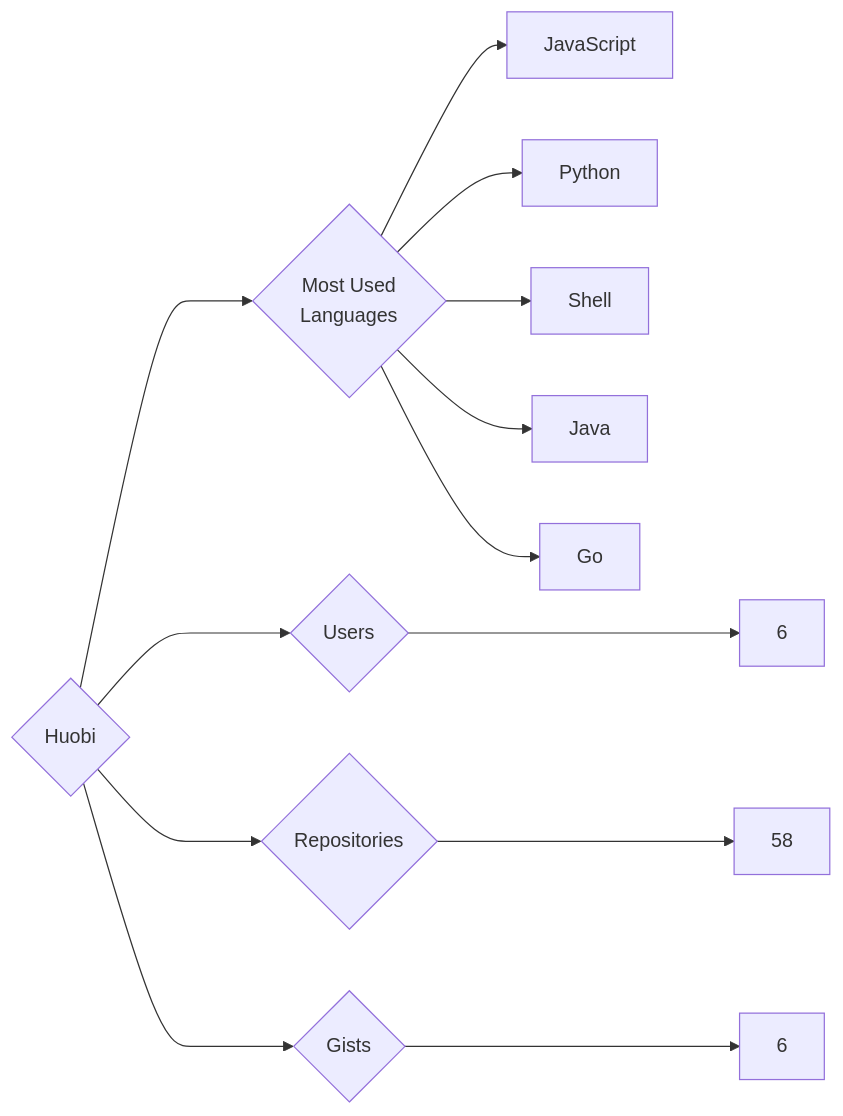
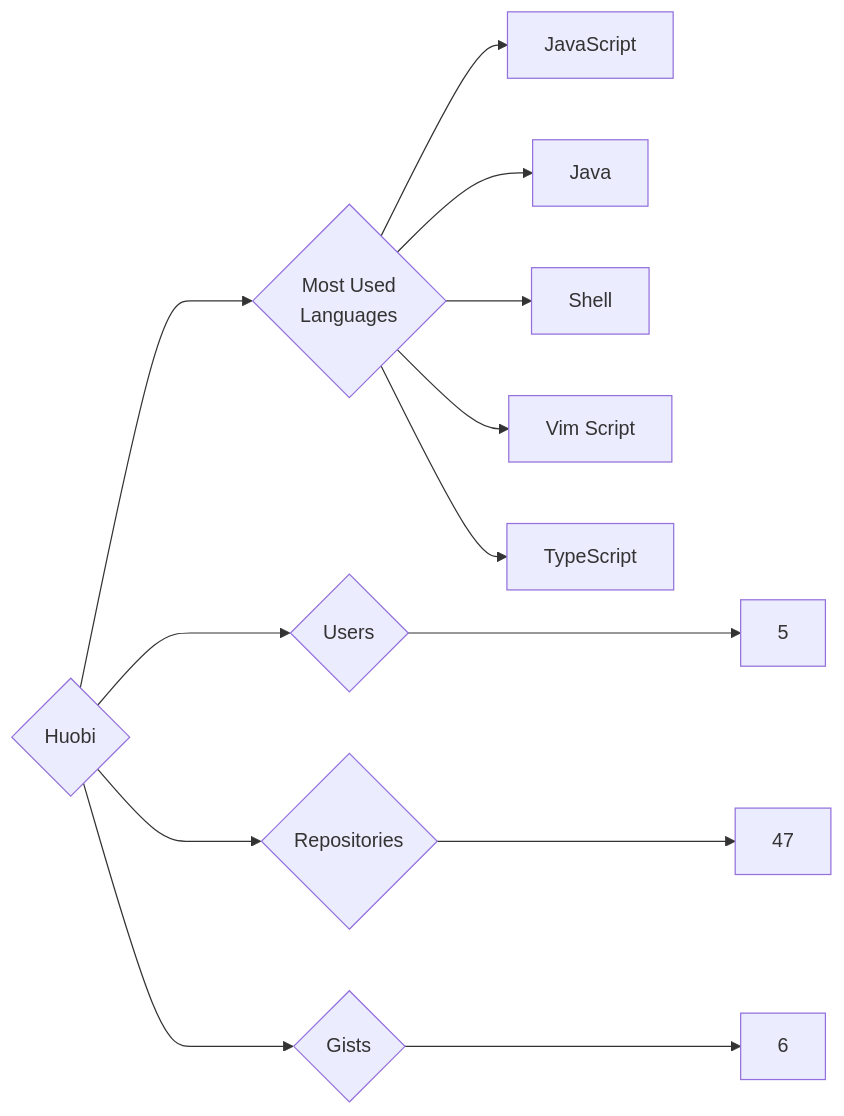
One commit to trickest/insiders changed the diagram in targets/Huobi/README.md. Above: the diagram before and after it, drawn with Mermaid. The commit also changed 1089 other files, not shown here.

````diff
--- a/targets/Huobi/README.md
+++ b/targets/Huobi/README.md
@@ -3,13 +3,13 @@
 ```mermaid
 graph LR
 COMPANY_NAME{Huobi}
-COMPANY_NAME ---> U{Users} ---> UN[6]
-COMPANY_NAME ---> R{Repositories} ---> RN[58]
+COMPANY_NAME ---> U{Users} ---> UN[5]
+COMPANY_NAME ---> R{Repositories} ---> RN[47]
 COMPANY_NAME ---> G{Gists} ---> GN[6]
 COMPANY_NAME ---> ML{Most Used<br>Languages}
 ML --> JavaScript[JavaScript]
-ML --> Python[Python]
+ML --> Java[Java]
 ML --> Shell[Shell]
-ML --> Java[Java]
-ML --> Go[Go]
+ML --> Vim_Script[Vim Script]
+ML --> TypeScript[TypeScript]
 ```
````
